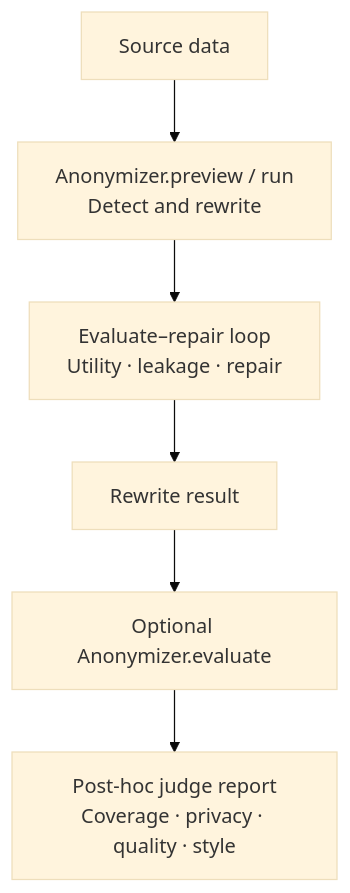
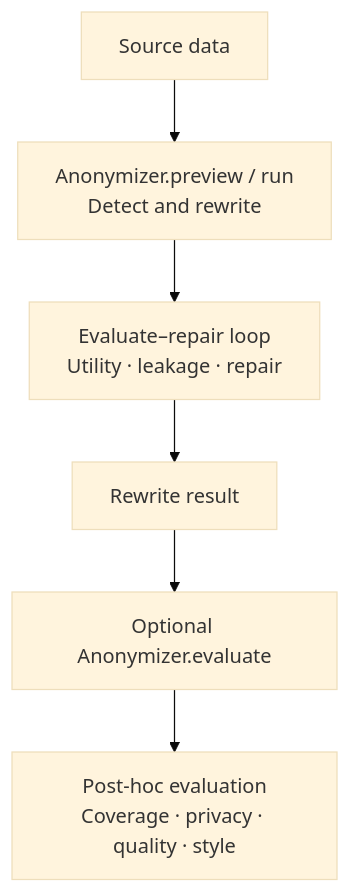
The first of 2 diagrams in docs/devnotes/posts/evaluation-anonymizer-rewrite.md (NVIDIA-NeMo/Anonymizer), drawn with Mermaid (base theme) before and after one commit. The commit also changed other lines of this file, not shown here.

````diff
--- a/docs/devnotes/posts/evaluation-anonymizer-rewrite.md
+++ b/docs/devnotes/posts/evaluation-anonymizer-rewrite.md
@@ -30,8 +36,8 @@
 ```mermaid
 flowchart TD
     A[Source data] --> B[Anonymizer.preview / run\nDetect and rewrite]
     B --> C[Evaluate–repair loop\nUtility · leakage · repair]
     C --> D[Rewrite result]
     D --> E[Optional Anonymizer.evaluate]
-    E --> F[Post-hoc judge report\nCoverage · privacy · quality · style]
+    E --> F[Post-hoc evaluation\nCoverage · privacy · quality · style]
 ```
````
